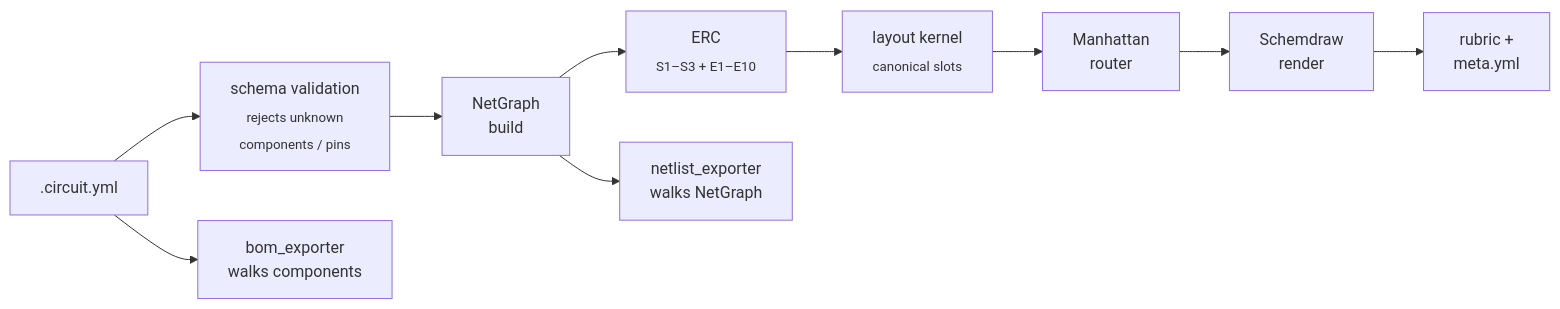
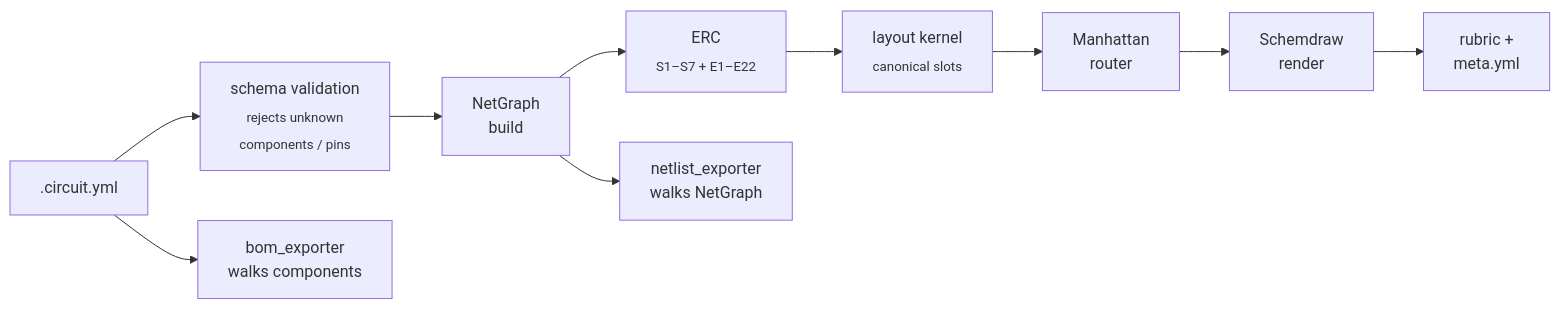
One commit to tgd1975/CircuitSmith changed the first of 2 diagrams in docs/developers/ARCHITECTURE.md. Above: the diagram before and after it, drawn with Mermaid. The commit also changed other lines of this file and 11 other files, not shown here.

````diff
--- a/docs/developers/ARCHITECTURE.md
+++ b/docs/developers/ARCHITECTURE.md
@@ -26,18 +23,18 @@
 ```mermaid
 flowchart LR
     YAML[".circuit.yml"]
     SCHEMA["schema validation<br/><sub>rejects unknown<br/>components / pins</sub>"]
     NETGRAPH["NetGraph<br/>build"]
-    ERC["ERC<br/><sub>S1–S3 + E1–E10</sub>"]
+    ERC["ERC<br/><sub>S1–S7 + E1–E22</sub>"]
     LAYOUT["layout kernel<br/><sub>canonical slots</sub>"]
     ROUTER["Manhattan<br/>router"]
     RENDER["Schemdraw<br/>render"]
     RUBRIC["rubric +<br/>meta.yml"]
 
     YAML --> SCHEMA --> NETGRAPH --> ERC --> LAYOUT --> ROUTER --> RENDER --> RUBRIC
 
     BOM["bom_exporter<br/>walks components"]
     NETLIST["netlist_exporter<br/>walks NetGraph"]
     NETGRAPH --> NETLIST
     YAML --> BOM
 ```
````
